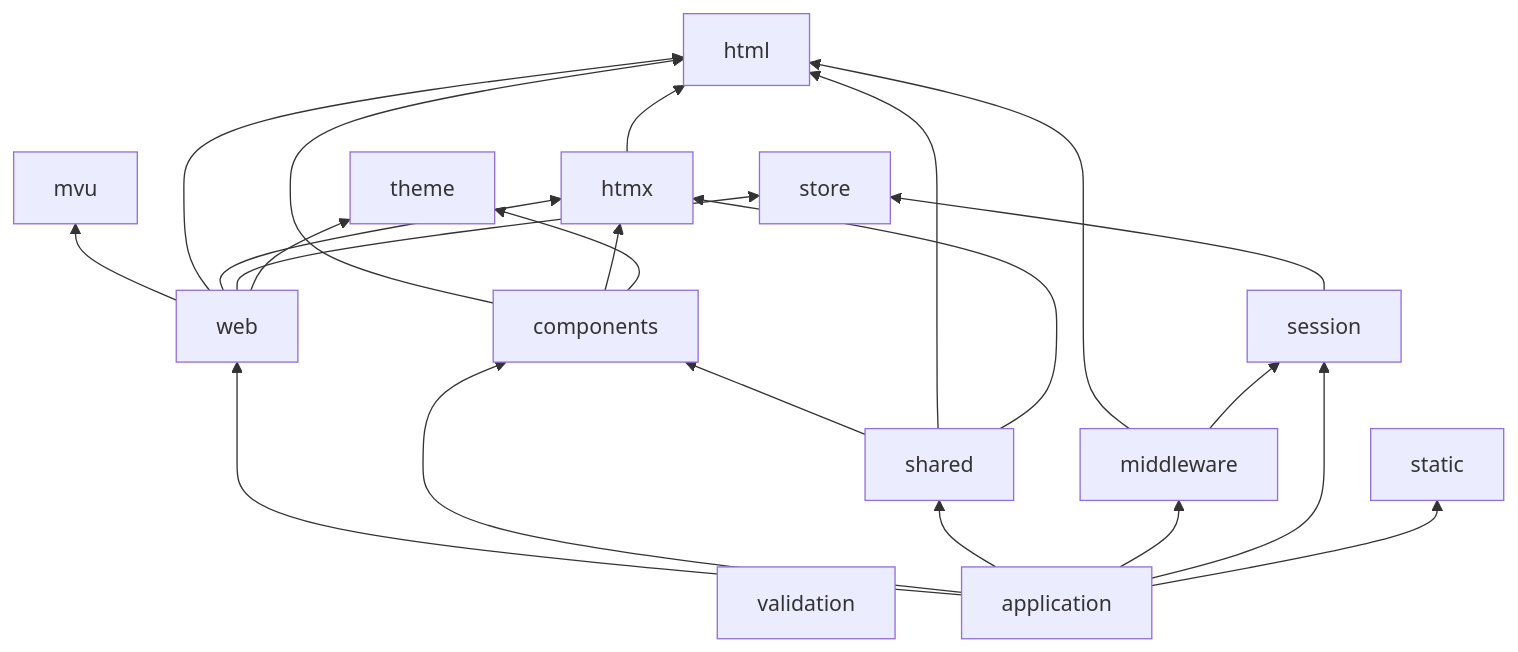
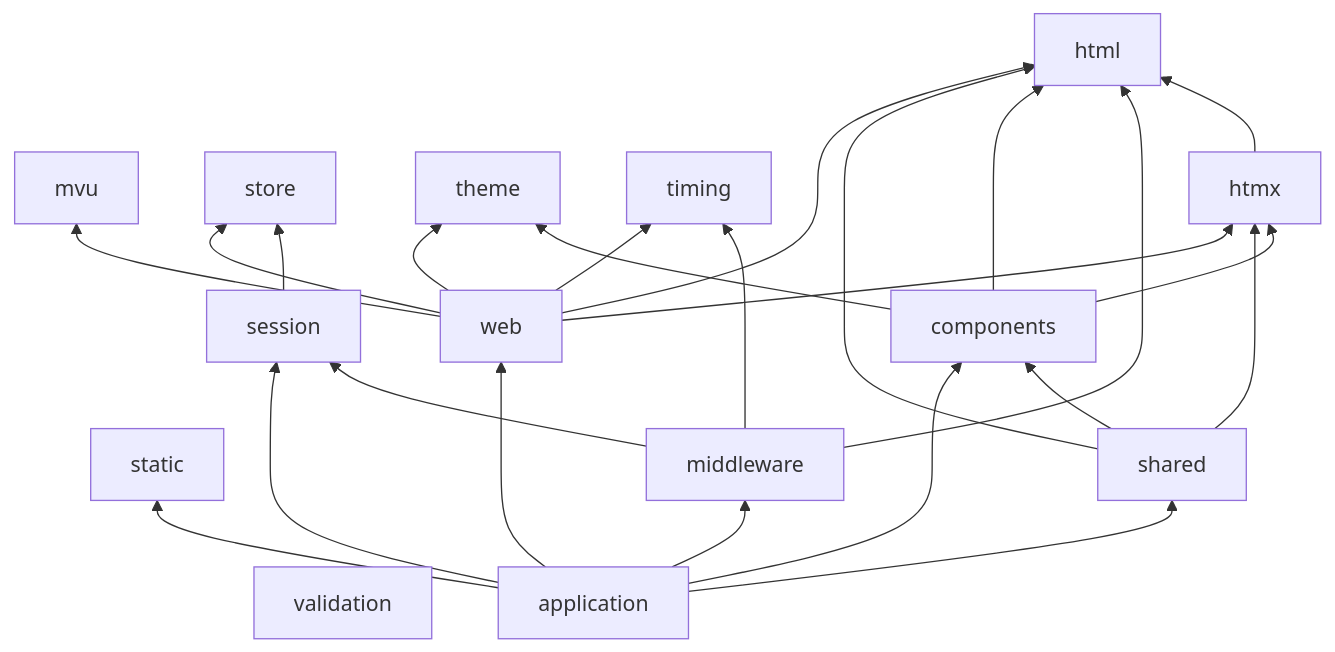
The first of 2 diagrams in docs/architecture.md (dmundt/go-mvu), drawn with Mermaid before and after one commit. The commit also changed other lines of this file and 15 other files, not shown here.

First line of the commit message:
feat(middleware): add render timing and diagnostics

````diff
--- a/docs/architecture.md
+++ b/docs/architecture.md
@@ -43,11 +44,11 @@
 ```mermaid
 flowchart BT
-  html; mvu; store; theme; static; validation
+  html; mvu; store; theme; static; validation; timing
   htmx --> html
   session --> store
-  middleware --> html & session
+  middleware --> html & session & timing
   components --> html & htmx & theme
   shared --> components & html & htmx
-  web --> mvu & html & htmx & store & theme
+  web --> mvu & html & htmx & store & theme & timing
   app[application] --> web & components & shared & middleware & session & static
 ```
````
